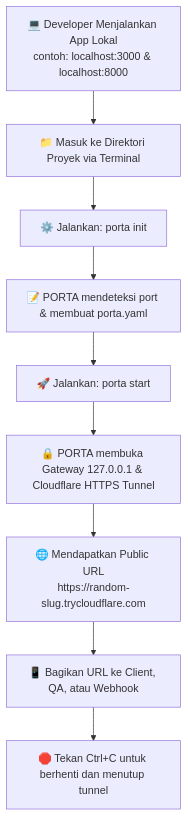
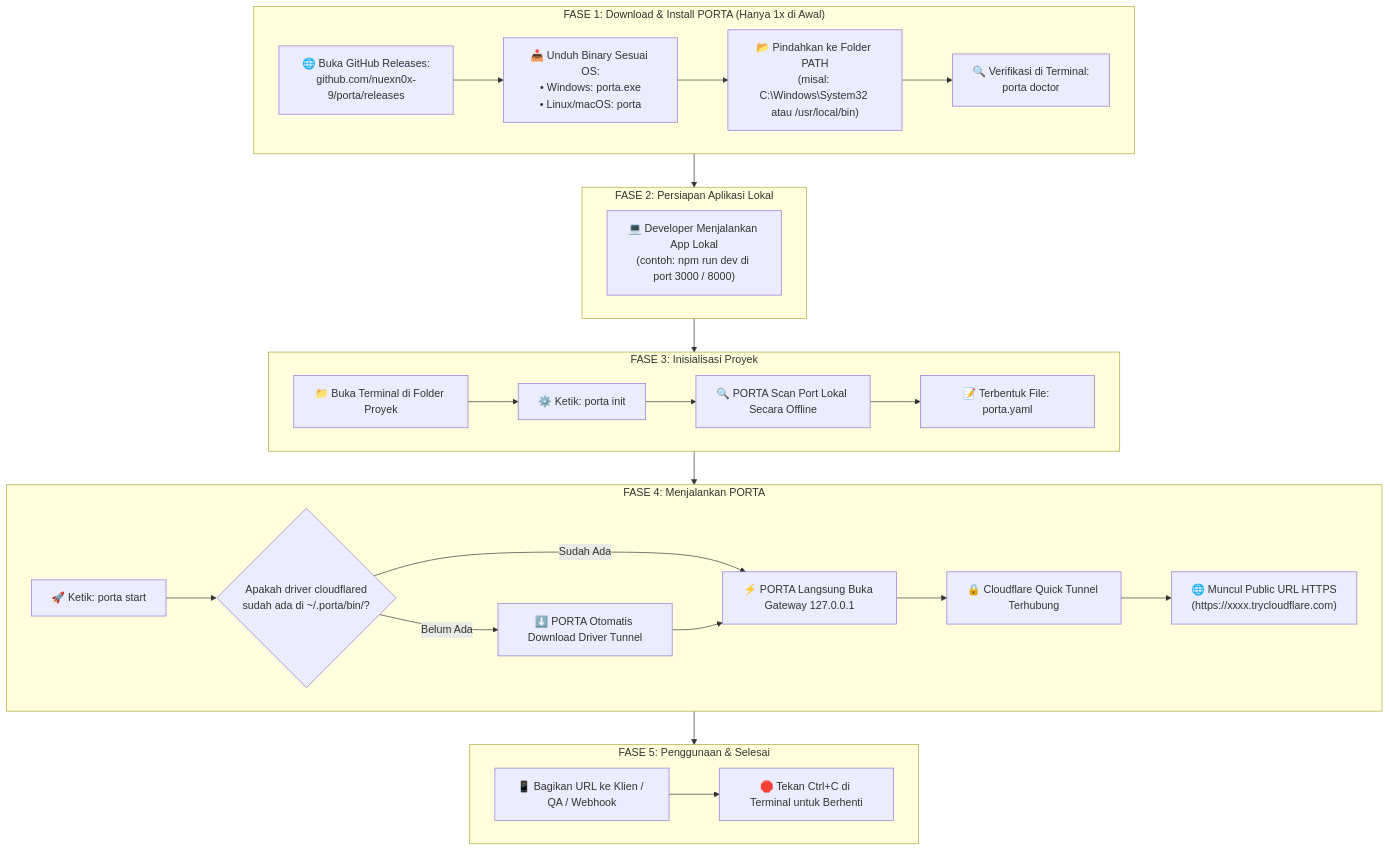
Before and after one commit to nuexn0x-9/porta: the first of 4 diagrams in docs/USER_WORKFLOW_DIAGRAMS.md, drawn with Mermaid. The commit also changed other lines of this file, not shown here.

Commit message:
docs: add from-scratch download flowchart to user workflow diagrams

````diff
--- a/docs/USER_WORKFLOW_DIAGRAMS.md
+++ b/docs/USER_WORKFLOW_DIAGRAMS.md
@@ -9,11 +9,36 @@
 ```mermaid
 flowchart TD
-    A[💻 Developer Menjalankan App Lokal<br/>contoh: localhost:3000 & localhost:8000] --> B[📁 Masuk ke Direktori Proyek via Terminal]
-    B --> C[⚙️ Jalankan: porta init]
-    C --> D[📝 PORTA mendeteksi port & membuat porta.yaml]
-    D --> E[🚀 Jalankan: porta start]
-    E --> F[🔒 PORTA membuka Gateway 127.0.0.1 & Cloudflare HTTPS Tunnel]
-    F --> G[🌐 Mendapatkan Public URL<br/>https://random-slug.trycloudflare.com]
-    G --> H[📱 Bagikan URL ke Client, QA, atau Webhook]
-    H --> I[🛑 Tekan Ctrl+C untuk berhenti dan menutup tunnel]
+    subgraph FASE_1["FASE 1: Download & Install PORTA (Hanya 1x di Awal)"]
+        A1["🌐 Buka GitHub Releases:<br/>github.com/nuexn0x-9/porta/releases"] --> A2["📥 Unduh Binary Sesuai OS:<br/>• Windows: porta.exe<br/>• Linux/macOS: porta"]
+        A2 --> A3["📂 Pindahkan ke Folder PATH<br/>(misal: C:\Windows\System32 atau /usr/local/bin)"]
+        A3 --> A4["🔍 Verifikasi di Terminal:<br/>porta doctor"]
+    end
+
+    subgraph FASE_2["FASE 2: Persiapan Aplikasi Lokal"]
+        B1["💻 Developer Menjalankan App Lokal<br/>(contoh: npm run dev di port 3000 / 8000)"]
+    end
+
+    subgraph FASE_3["FASE 3: Inisialisasi Proyek"]
+        C1["📁 Buka Terminal di Folder Proyek"] --> C2["⚙️ Ketik: porta init"]
+        C2 --> C3["🔍 PORTA Scan Port Lokal Secara Offline"]
+        C3 --> C4["📝 Terbentuk File: porta.yaml"]
+    end
+
+    subgraph FASE_4["FASE 4: Menjalankan PORTA"]
+        D1["🚀 Ketik: porta start"] --> D2{"Apakah driver cloudflared<br/>sudah ada di ~/.porta/bin/?"}
+        D2 -- Belum Ada --> D3["⬇️ PORTA Otomatis Download Driver Tunnel"]
+        D2 -- Sudah Ada --> D4["⚡ PORTA Langsung Buka Gateway 127.0.0.1"]
+        D3 --> D4
+        D4 --> D5["🔒 Cloudflare Quick Tunnel Terhubung"]
+        D5 --> D6["🌐 Muncul Public URL HTTPS<br/>(https://xxxx.trycloudflare.com)"]
+    end
+
+    subgraph FASE_5["FASE 5: Penggunaan & Selesai"]
+        E1["📱 Bagikan URL ke Klien / QA / Webhook"] --> E2["🛑 Tekan Ctrl+C di Terminal untuk Berhenti"]
+    end
+
+    FASE_1 --> FASE_2
+    FASE_2 --> FASE_3
+    FASE_3 --> FASE_4
+    FASE_4 --> FASE_5
 ```
````
